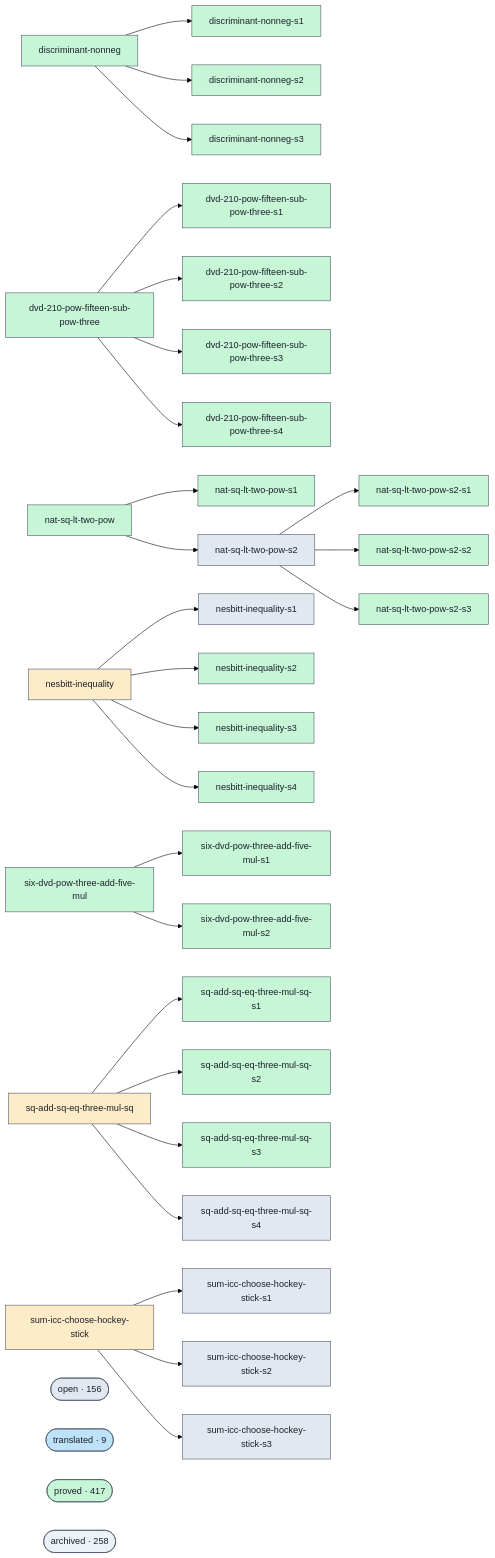
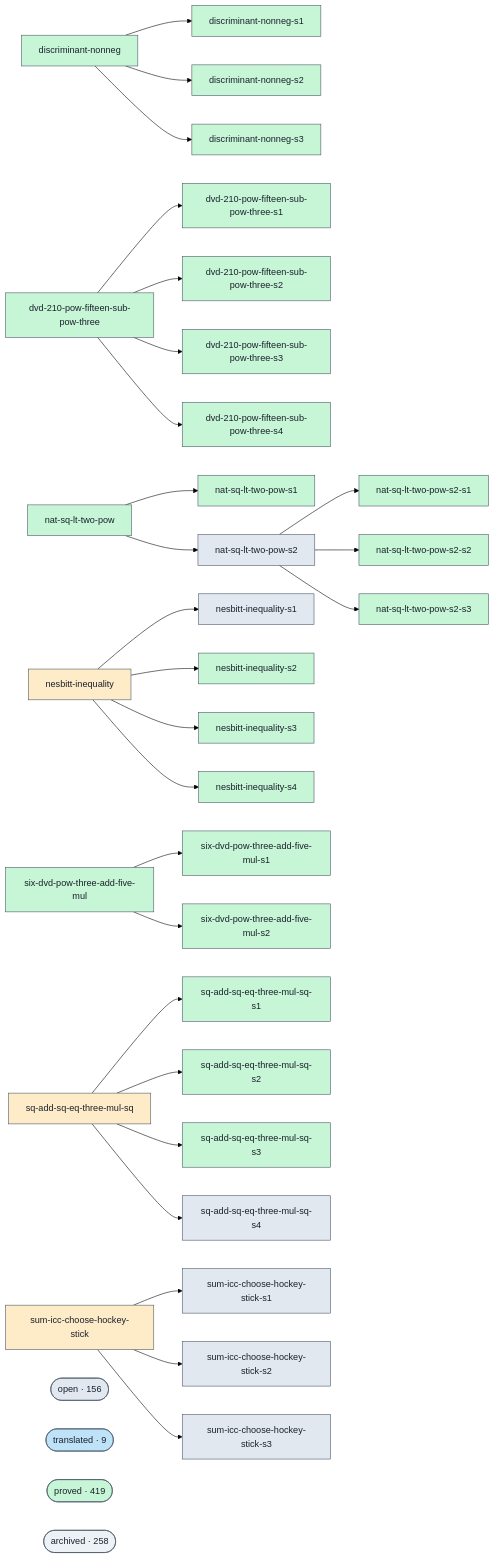
One commit to Rauxon/unsorry changed the diagram in docs/proofs-contributors-visualisation.md. Above: the diagram before and after it, drawn with Mermaid (forest theme). The commit also changed other lines of this file and 2 other files, not shown here.

```diff
--- a/docs/proofs-contributors-visualisation.md
+++ b/docs/proofs-contributors-visualisation.md
@@ -147,7 +147,7 @@
   class cluster_open open;
   cluster_translated(["translated · 9"])
   class cluster_translated translated;
-  cluster_proved(["proved · 417"])
+  cluster_proved(["proved · 419"])
   class cluster_proved proved;
   cluster_archived(["archived · 258"])
   class cluster_archived unknown;
```
